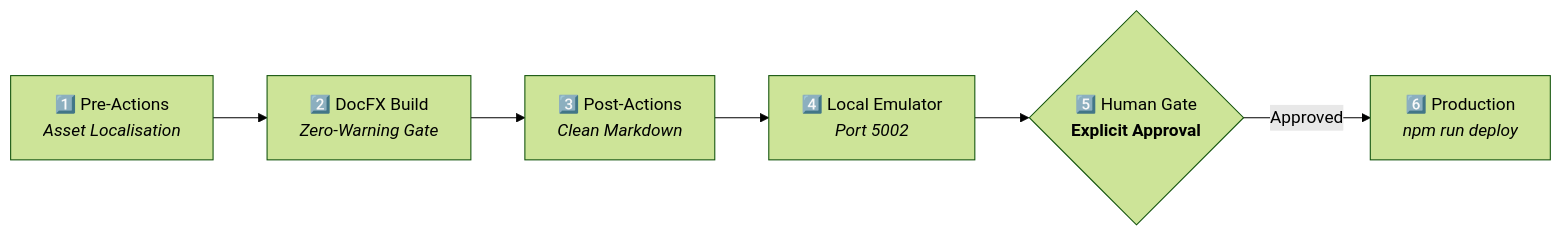
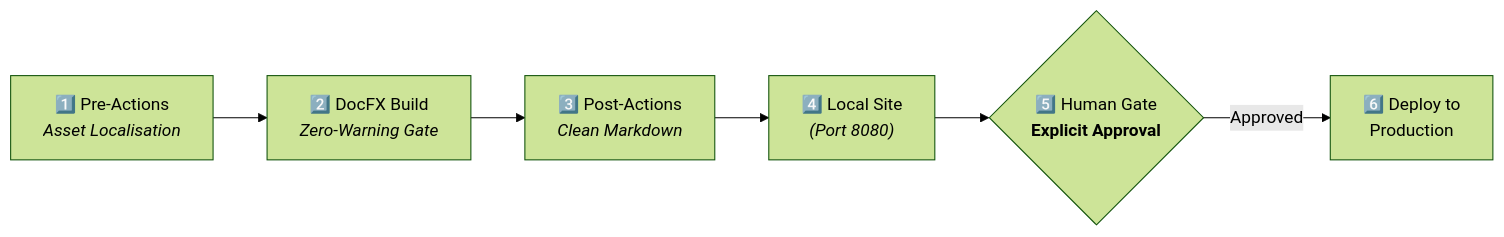
Before and after one commit to jochenkirstaetter/getblogged: the third of 3 diagrams in posts/draft/assembling-an-ai-publishing-agency.md, drawn with Mermaid (forest theme). The commit also changed other lines of this file, not shown here.

````diff
--- a/posts/draft/assembling-an-ai-publishing-agency.md
+++ b/posts/draft/assembling-an-ai-publishing-agency.md
@@ -212,8 +213,8 @@
 ```mermaid
 flowchart LR
     S1["1️⃣ Pre-Actions<br/><i>Asset Localisation</i>"] --> S2["2️⃣ DocFX Build<br/><i>Zero-Warning Gate</i>"]
     S2 --> S3["3️⃣ Post-Actions<br/><i>Clean Markdown</i>"]
-    S3 --> S4["4️⃣ Local Emulator<br/><i>Port 5002</i>"]
+    S3 --> S4["4️⃣ Local Site<br/><i>(Port 8080)</i>"]
     S4 --> S5{"5️⃣ Human Gate<br/><b>Explicit Approval</b>"}
-    S5 -->|Approved| S6["6️⃣ Production<br/><i>npm run deploy</i>"]
+    S5 -->|Approved| S6["6️⃣ Deploy to<br/>Production"]
 ```
````
